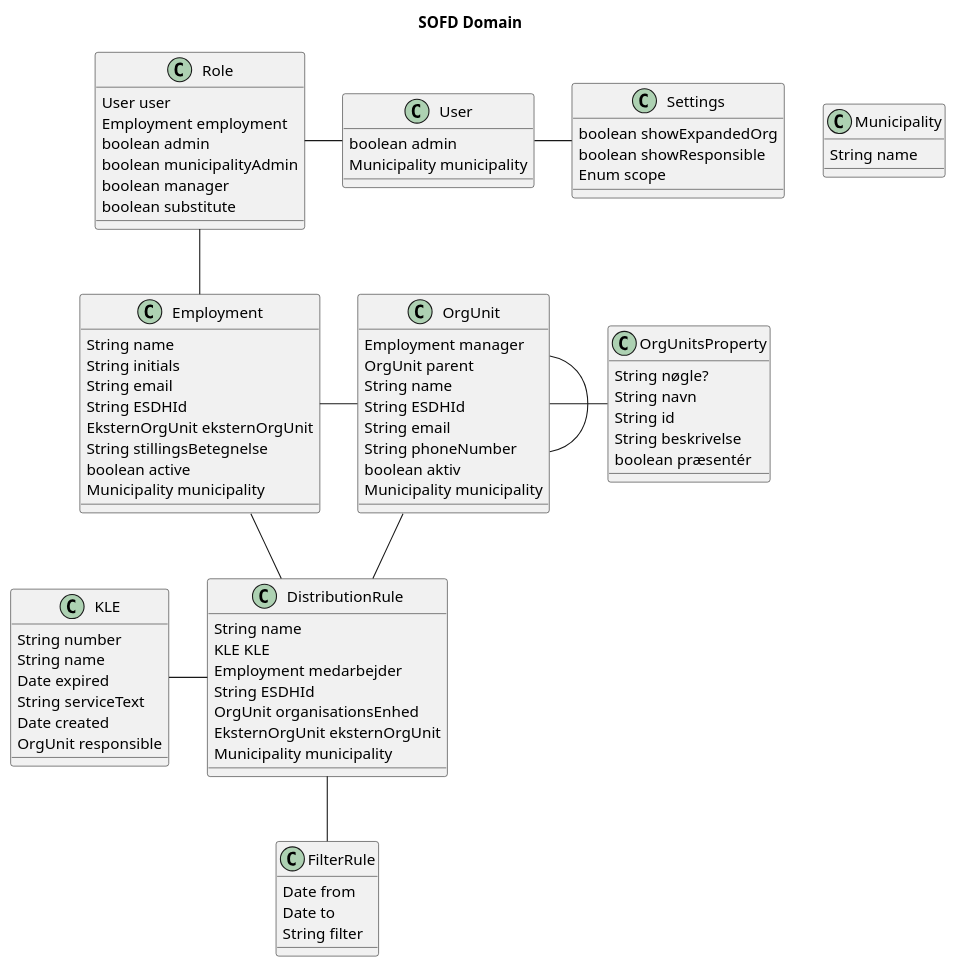
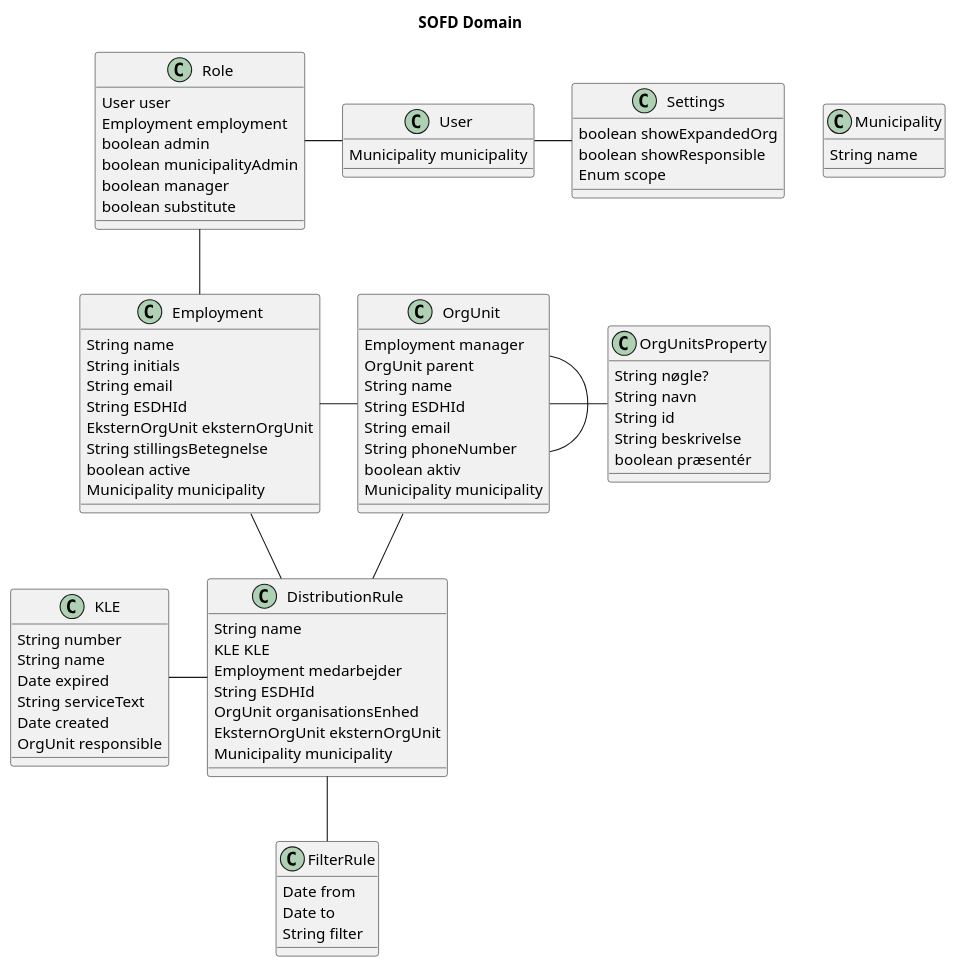
Before and after one commit to dibgraversen/os2opgavefordeler: the diagram in docs/domain.puml, drawn with PlantUML.

Commit message:
Updated domain diagram: User class had an incorrect admin member variable

```diff
--- a/docs/domain.puml
+++ b/docs/domain.puml
@@ -1,95 +1,94 @@
 @startuml
 title SOFD Domain
 
 class User {
-  boolean admin
   Municipality municipality
 }
 
 class Role {
   User user
   Employment employment
   boolean admin
   boolean municipalityAdmin
   boolean manager
   boolean substitute
 }
 
 class Municipality {
   String name
 }
 
 class FilterRule {
   Date from
   Date to
   String filter
 }
 
 class KLE {
   String number
   String name
   Date expired
   String serviceText
   Date created
   OrgUnit responsible
 }
 
 class OrgUnitsProperty {
   String nøgle?
   String navn
   String id
   String beskrivelse
   boolean præsentér
 }
 
 class DistributionRule {
   String name
   KLE KLE
   Employment medarbejder
   String ESDHId
   OrgUnit organisationsEnhed
   EksternOrgUnit eksternOrgUnit
   Municipality municipality
 }
 
 class Employment {
   String name
   String initials
   String email
   String ESDHId
   EksternOrgUnit eksternOrgUnit
   String stillingsBetegnelse
   boolean active
   Municipality municipality
 }
 
 class OrgUnit {
   Employment manager
   OrgUnit parent
   String name
   String ESDHId
   String email
   String phoneNumber
   boolean aktiv
   Municipality municipality
 }
 
 class Settings {
   boolean showExpandedOrg
   boolean showResponsible
   Enum scope
 }
 
 
 Role -- Employment
 Role - User
 User - Settings
 OrgUnit - OrgUnit
 OrgUnit - OrgUnitsProperty
 OrgUnit -- DistributionRule
 Employment -- DistributionRule
 KLE - DistributionRule
 Employment - OrgUnit
 DistributionRule -- FilterRule
 
 @enduml
```
